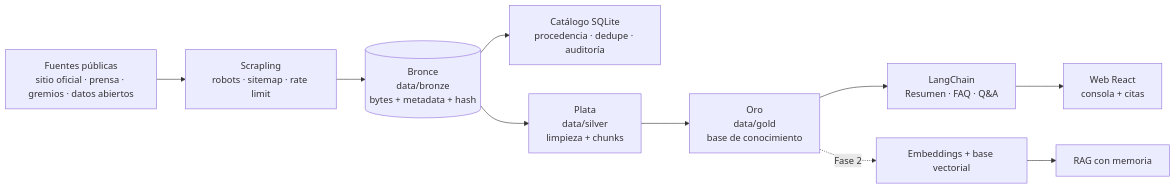
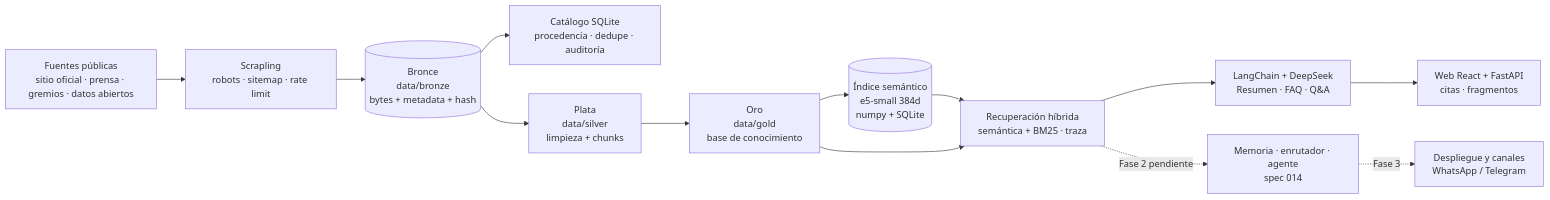
Before and after one commit to jasonCastano/proyecto_modelos_lenguaje: the diagram in README.md, drawn with Mermaid. The commit also changed other lines of this file and 7 other files, not shown here.

````diff
--- a/README.md
+++ b/README.md
@@ -84,18 +94,22 @@
 ```mermaid
 flowchart LR
     S[Fuentes públicas<br/>sitio oficial · prensa · gremios · datos abiertos]
     P[Scrapling<br/>robots · sitemap · rate limit]
     B[(Bronce<br/>data/bronze<br/>bytes + metadata + hash)]
     C[Catálogo SQLite<br/>procedencia · dedupe · auditoría]
     V[Plata<br/>data/silver<br/>limpieza + chunks]
     G[Oro<br/>data/gold<br/>base de conocimiento]
-    L[LangChain<br/>Resumen · FAQ · Q&A]
-    UI[Web React<br/>consola + citas]
-    E[Embeddings + base vectorial]
-    R[RAG con memoria]
+    I[(Índice semántico<br/>e5-small 384d<br/>numpy + SQLite)]
+    H[Recuperación híbrida<br/>semántica + BM25 · traza]
+    L[LangChain + DeepSeek<br/>Resumen · FAQ · Q&A]
+    UI[Web React + FastAPI<br/>citas · fragmentos]
+    M[Memoria · enrutador · agente<br/>spec 014]
+    D[Despliegue y canales<br/>WhatsApp / Telegram]
 
     S --> P --> B
     B --> C
-    B --> V --> G --> L --> UI
-    G -. Fase 2 .-> E --> R
+    B --> V --> G
+    G --> I --> H
+    G --> H --> L --> UI
+    H -. Fase 2 pendiente .-> M -. Fase 3 .-> D
 ```
````
